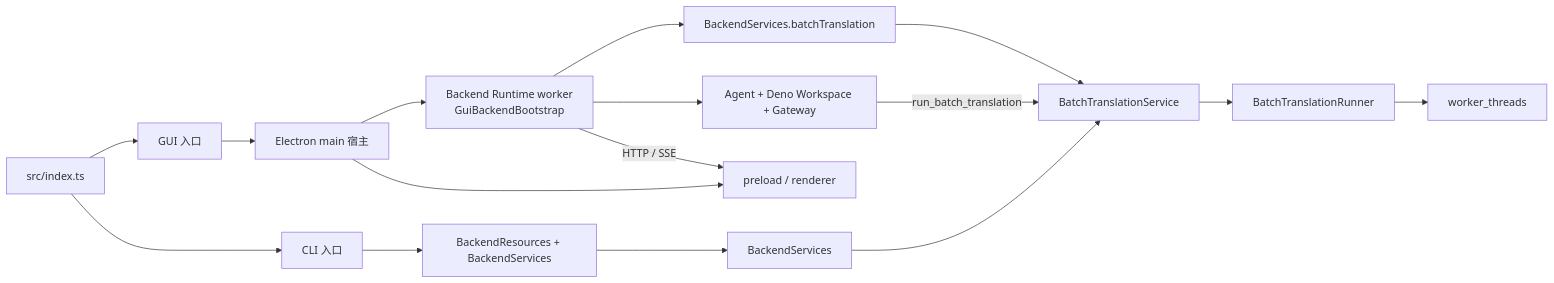
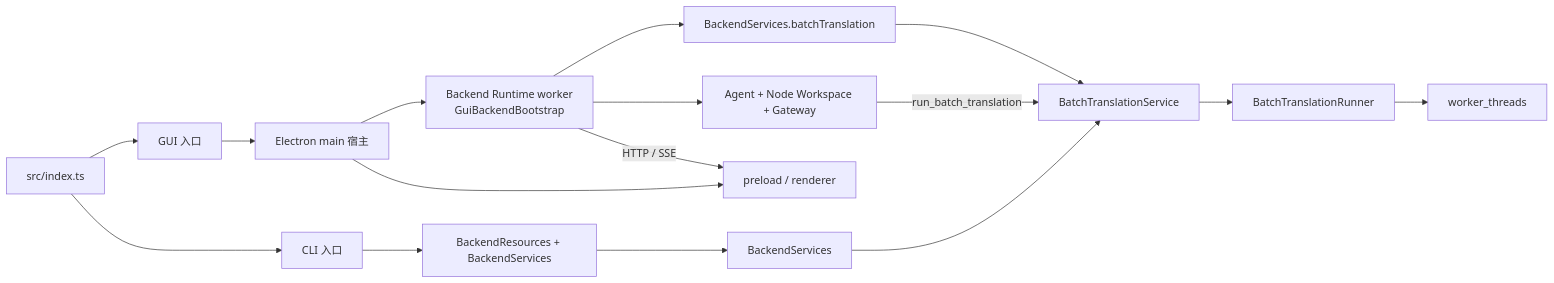
The diagram in docs/ARCHITECTURE.md (neavo/LinguaGacha), drawn with Mermaid before and after one commit. The commit also changed other lines of this file and 54 other files, not shown here.

````diff
--- a/docs/ARCHITECTURE.md
+++ b/docs/ARCHITECTURE.md
@@ -26,18 +26,18 @@
 ```mermaid
 flowchart LR
     I["src/index.ts"] --> G["GUI 入口"]
     I --> C["CLI 入口"]
     G --> M["Electron main 宿主"]
     M --> BG["Backend Runtime worker\nGuiBackendBootstrap"]
     C --> BC["BackendResources + BackendServices"]
     BG --> GS["BackendServices.batchTranslation"]
-    BG --> D["Agent + Deno Workspace + Gateway"]
+    BG --> D["Agent + Node Workspace + Gateway"]
     BC --> CS["BackendServices"]
     GS --> S["BatchTranslationService"]
     CS --> S
     D -->|"run_batch_translation"| S
     S --> E["BatchTranslationRunner"]
     E --> W["worker_threads"]
     BG -->|"HTTP / SSE"| R["preload / renderer"]
     M --> R
 ```
````
